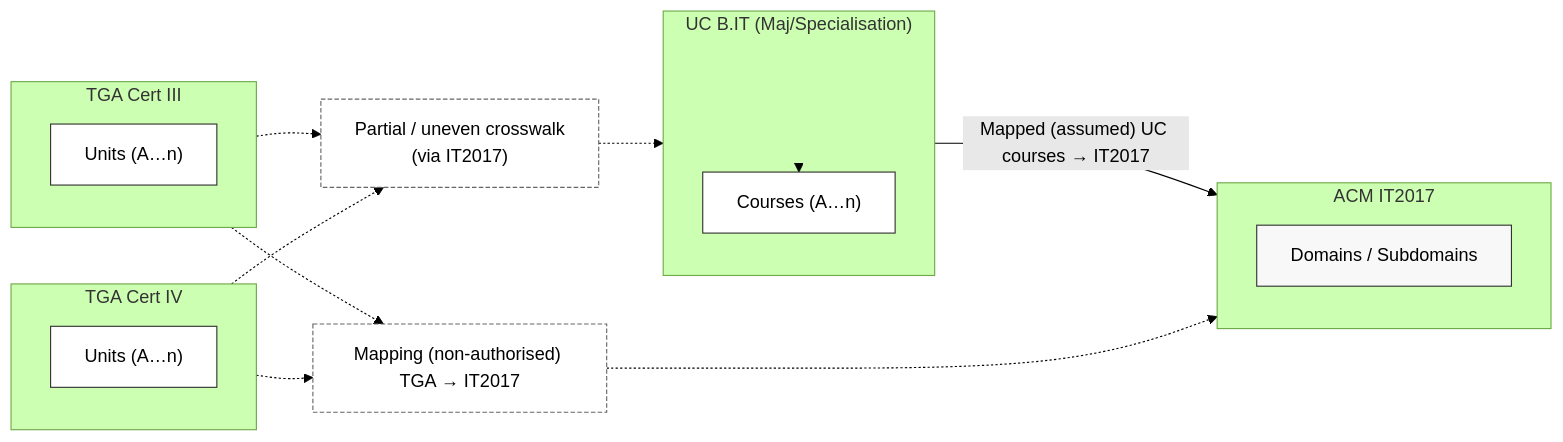
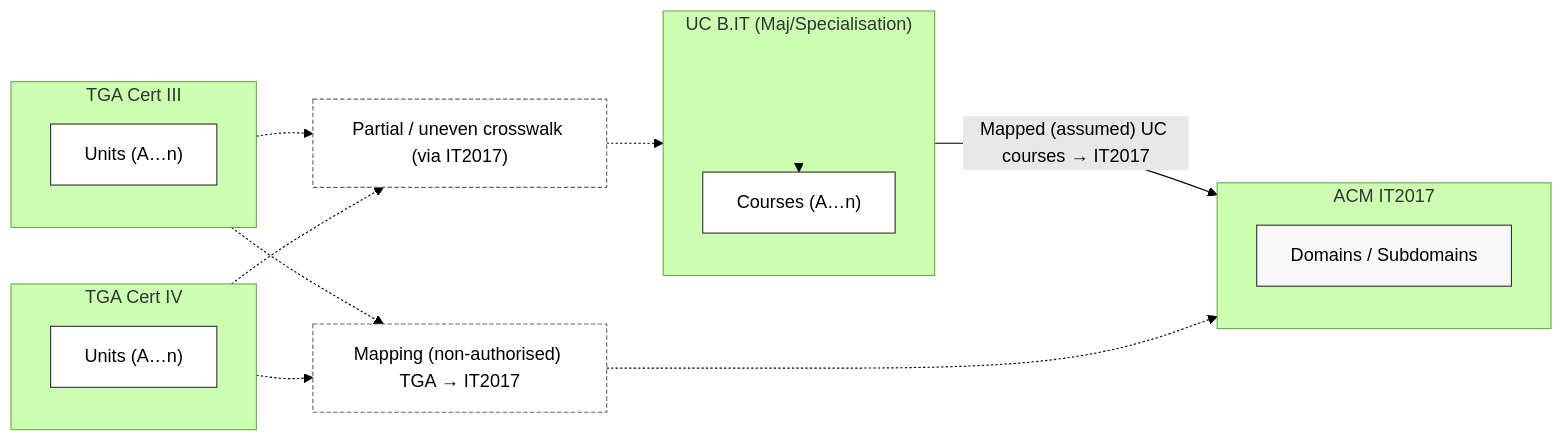
The second of 3 diagrams in reports/creditTransferModels.md (leskneebone/skills-SPARQL), drawn with Mermaid (forest theme) before and after one commit. The commit also changed other lines of this file, not shown here.

````diff
--- a/reports/creditTransferModels.md
+++ b/reports/creditTransferModels.md
@@ -40,46 +40,46 @@
 ```mermaid
 flowchart LR
   %% Diagram 2 — attempt mapping via IT2017 (helps HE more than VET)
 
   subgraph CertIII["TGA Cert III"]
     C3["Units (A…n)"]:::unit
   end
 
   subgraph CertIV["TGA Cert IV"]
     C4["Units (A…n)"]:::unit
   end
 
   subgraph UCBIT["UC B.IT (Maj/Specialisation)"]
     spacer[" "]:::spacer
     UC["Courses (A…n)"]:::unit
     spacer --> UC
   end
 
   subgraph IT2017["ACM IT2017"]
     KA["Domains / Subdomains"]:::scheme
   end
 
   %% HE aligns (assumed mapping)
   UCBIT -- "Mapped (assumed) UC courses → IT2017" --> IT2017
 
   %% VET: possible mapping, with no explicit IT2017 mapping
   VetITMap["Mapping (non-authorised) TGA → IT2017"]:::mapping
   CertIII -.-> VetITMap
   CertIV  -.-> VetITMap
   VetITMap -.-> IT2017
 
  %% therefore crosswalk is still partial/uneven
-PartialXwalk["Partial / uneven crosswalk\n(via IT2017)"]:::mapping
+PartialXwalk["Partial / uneven crosswalk (via IT2017)"]:::mapping
 
 CertIII -.-> PartialXwalk
 CertIV  -.-> PartialXwalk
 PartialXwalk -.-> UCBIT
 
   classDef unit fill:#fff,stroke:#333,stroke-width:1px;
   classDef scheme fill:#f8f8f8,stroke:#333,stroke-width:1px;
   classDef spacer fill:none,stroke:none;
   classDef mapping fill:#fff,stroke:#666,stroke-dasharray: 4 2;
 
   %% Hide ONLY the spacer link (the first link defined in this diagram)
   linkStyle 0 stroke-width:0px;
 ```
````
